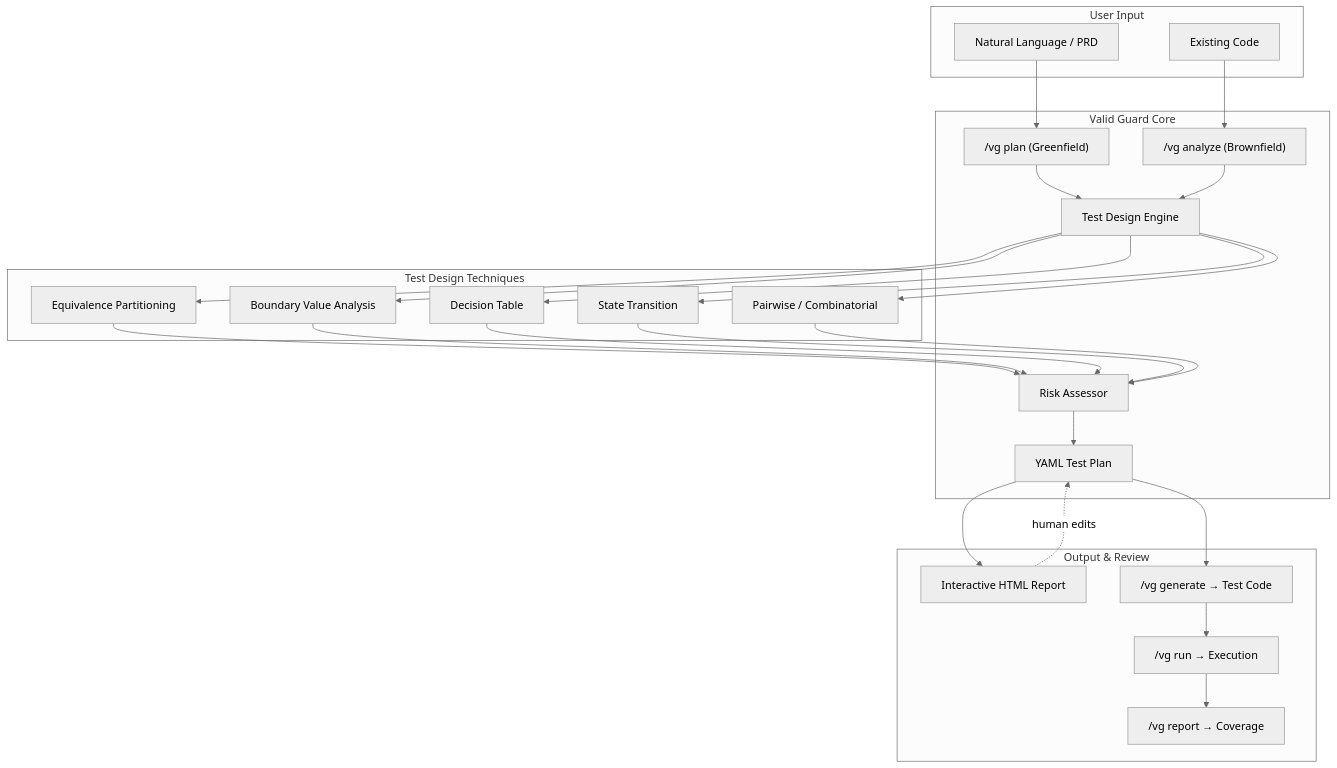
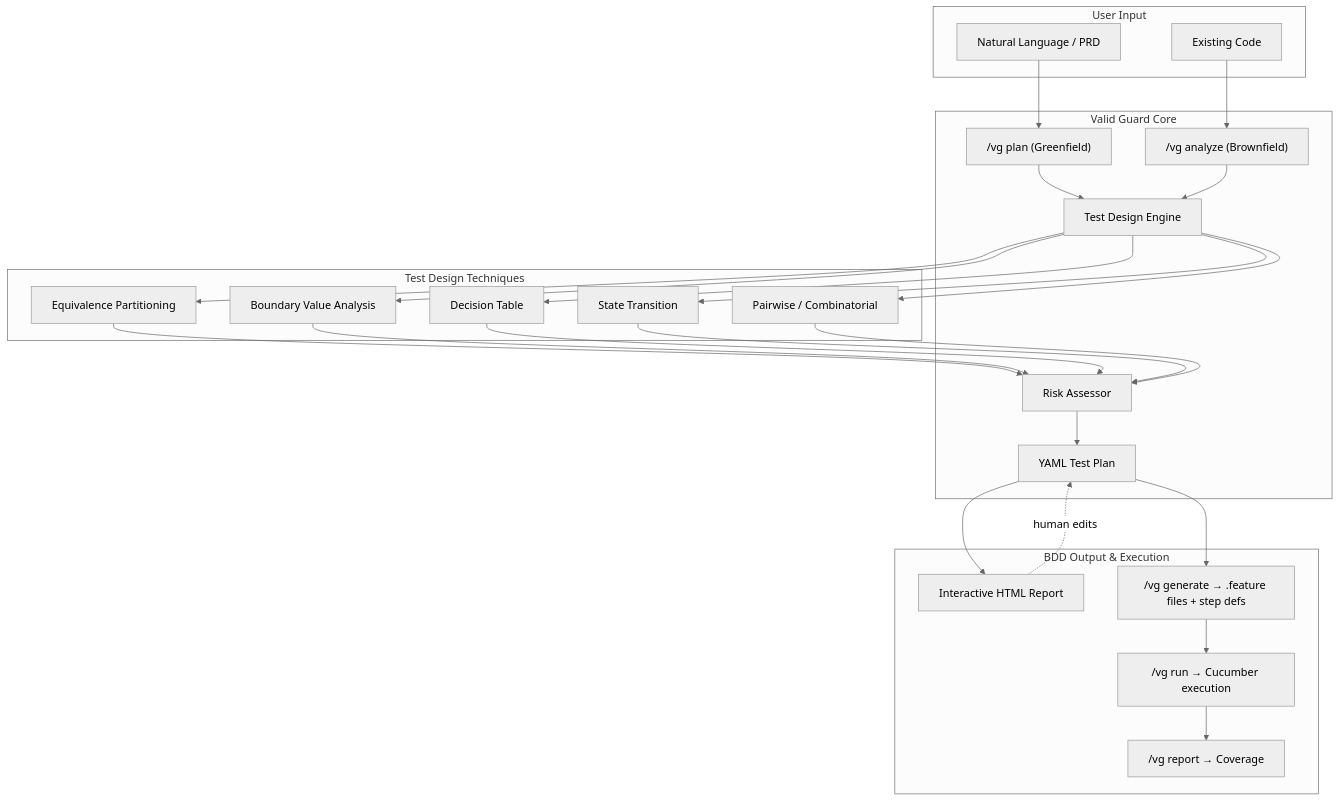
One commit to yuweichang1990/valid-guard changed the diagram in README.md. Above: the diagram before and after it, drawn with Mermaid (neutral theme). The commit also changed other lines of this file and 21 other files, not shown here.

First line of the commit message:
Route C: BDD-enhanced architecture with Cucumber multi-language support

````diff
--- a/README.md
+++ b/README.md
@@ -176,43 +181,43 @@
 ```mermaid
 flowchart TD
     subgraph "User Input"
         A[Natural Language / PRD]
         B[Existing Code]
     end
 
     subgraph "Valid Guard Core"
         C["/vg plan (Greenfield)"]
         D["/vg analyze (Brownfield)"]
         E["Test Design Engine"]
         F["Risk Assessor"]
         G["YAML Test Plan"]
     end
 
     subgraph "Test Design Techniques"
         T1["Equivalence Partitioning"]
         T2["Boundary Value Analysis"]
         T3["Decision Table"]
         T4["State Transition"]
         T5["Pairwise / Combinatorial"]
     end
 
-    subgraph "Output & Review"
+    subgraph "BDD Output & Execution"
         H["Interactive HTML Report"]
-        I["/vg generate → Test Code"]
-        J["/vg run → Execution"]
+        I["/vg generate → .feature files + step defs"]
+        J["/vg run → Cucumber execution"]
         K["/vg report → Coverage"]
     end
 
     A --> C
     B --> D
     C --> E
     D --> E
     E --> T1 & T2 & T3 & T4 & T5
     T1 & T2 & T3 & T4 & T5 --> F
     F --> G
     G --> H
     G --> I
     I --> J
     J --> K
     H -.->|"human edits"| G
 ```
````
